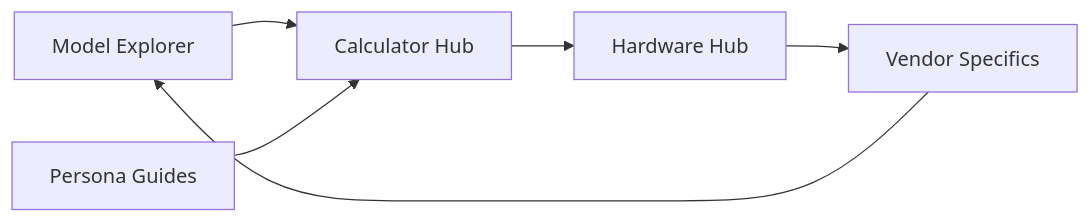
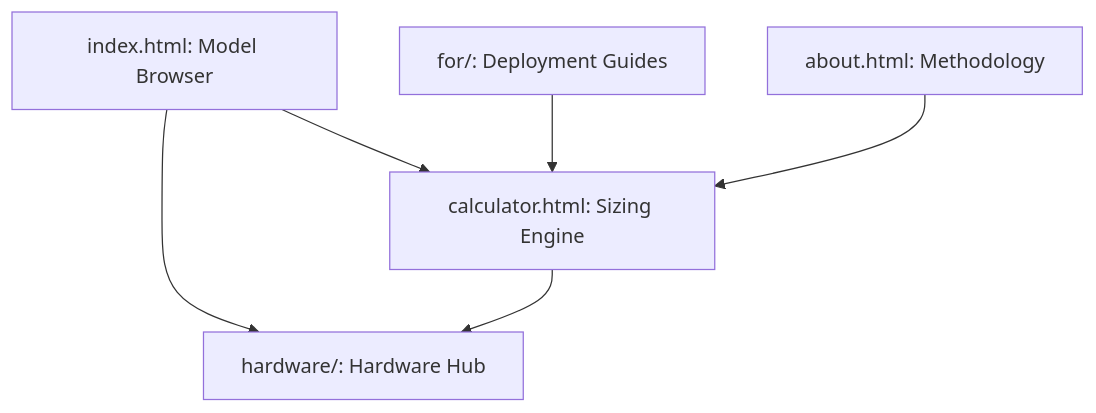
Before and after one commit to xullnn/llm_computing_resource_est: the diagram in project_memory_bank/core/system_overview.md, drawn with Mermaid. The commit also changed other lines of this file and 14 other files, not shown here.

````diff
--- a/project_memory_bank/core/system_overview.md
+++ b/project_memory_bank/core/system_overview.md
@@ -13,8 +13,8 @@
 ```mermaid
-graph LR
-    Discover[Model Explorer] --> Calculate[Calculator Hub]
-    Calculate --> Compare[Hardware Hub]
-    Compare --> Validate[Vendor Specifics]
-    Validate --> Discover
-    Guides[Persona Guides] --> Calculate
+graph TD
+    A[index.html: Model Browser] --> B[calculator.html: Sizing Engine]
+    A --> C[hardware/: Hardware Hub]
+    B --> C
+    D[for/: Deployment Guides] --> B
+    E[about.html: Methodology] --> B
 ```
````
